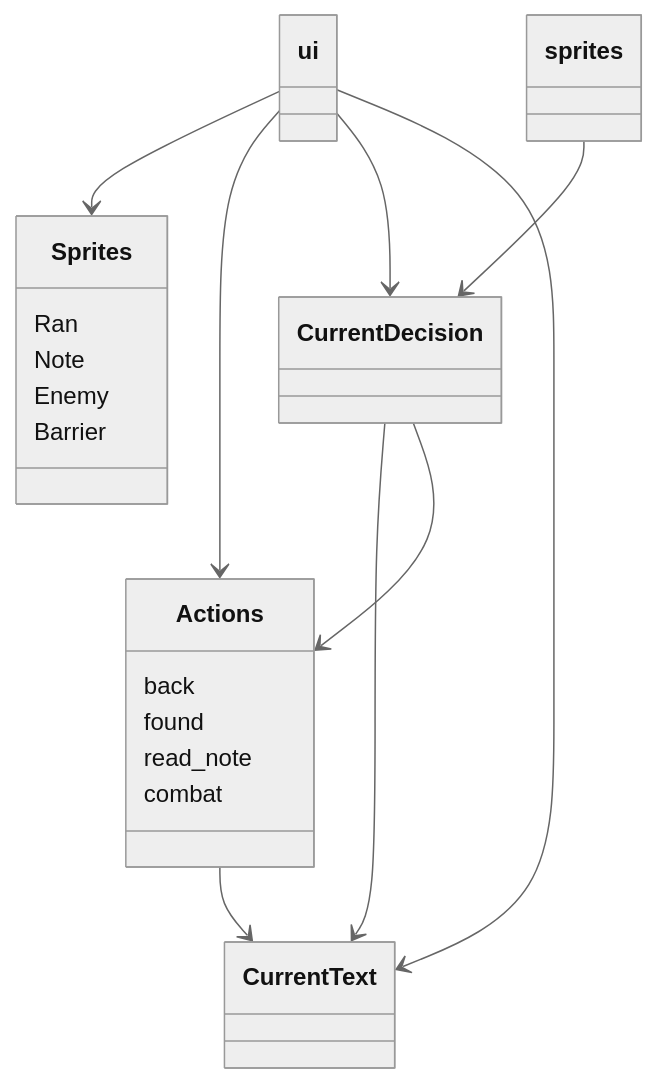
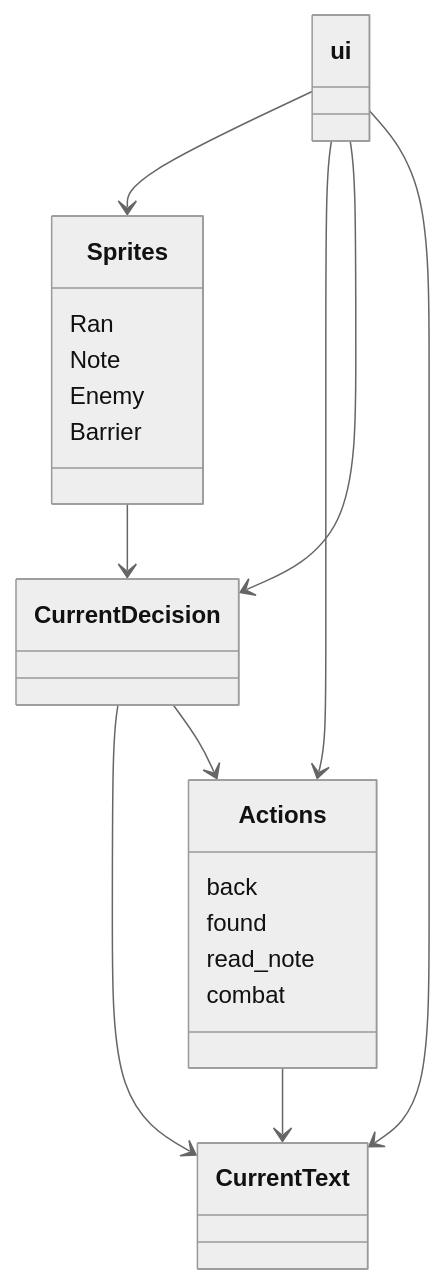
The diagram in dokumentaatio/arkkitehtuuri.md (emlyy/ot-harjoitustyo), drawn with Mermaid (neutral theme) before and after one commit.

````diff
--- a/dokumentaatio/arkkitehtuuri.md
+++ b/dokumentaatio/arkkitehtuuri.md
@@ -1,23 +1,23 @@
 ```mermaid
  classDiagram
       ui --> Sprites
       class Sprites{
           Ran
           Note
           Enemy
           Barrier
       }
       ui --> Actions
       class Actions{
           back
           found
           read_note
           combat
       }
       ui --> CurrentDecision
       CurrentDecision --> CurrentText
       ui --> CurrentText
-      sprites --> CurrentDecision
+      Sprites --> CurrentDecision
       CurrentDecision --> Actions
       Actions --> CurrentText
 ```
````
